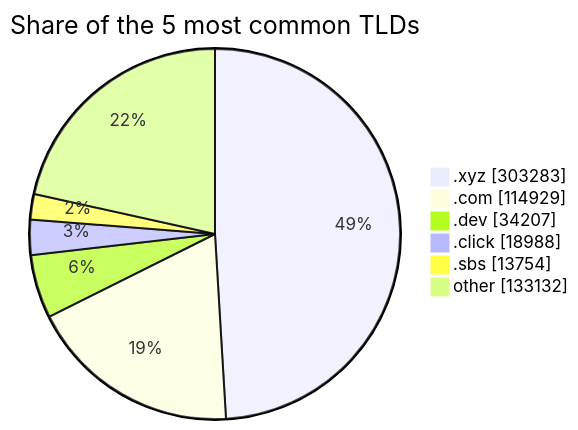
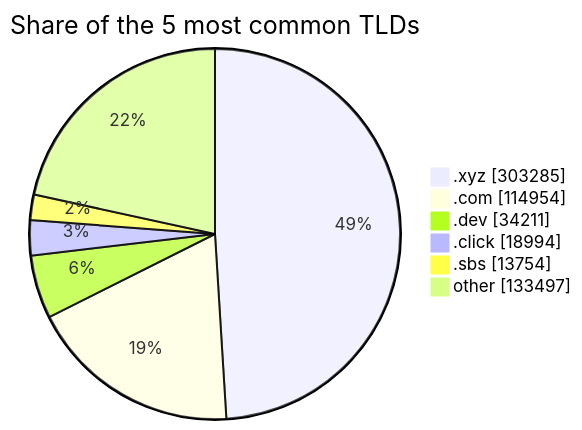
One commit to DNSBunker/CTI changed the third of 3 diagrams in README.md. Above: the diagram before and after it, drawn with Mermaid. The commit also changed other lines of this file and 3 other files, not shown here.

````diff
--- a/README.md
+++ b/README.md
@@ -81,9 +81,9 @@
 ```mermaid
 pie showData title Share of the 5 most common TLDs
-    ".xyz" : 303283
-    ".com" : 114929
-    ".dev" : 34207
-    ".click" : 18988
+    ".xyz" : 303285
+    ".com" : 114954
+    ".dev" : 34211
+    ".click" : 18994
     ".sbs" : 13754
-    "other" : 133132
+    "other" : 133497
 ```
````
